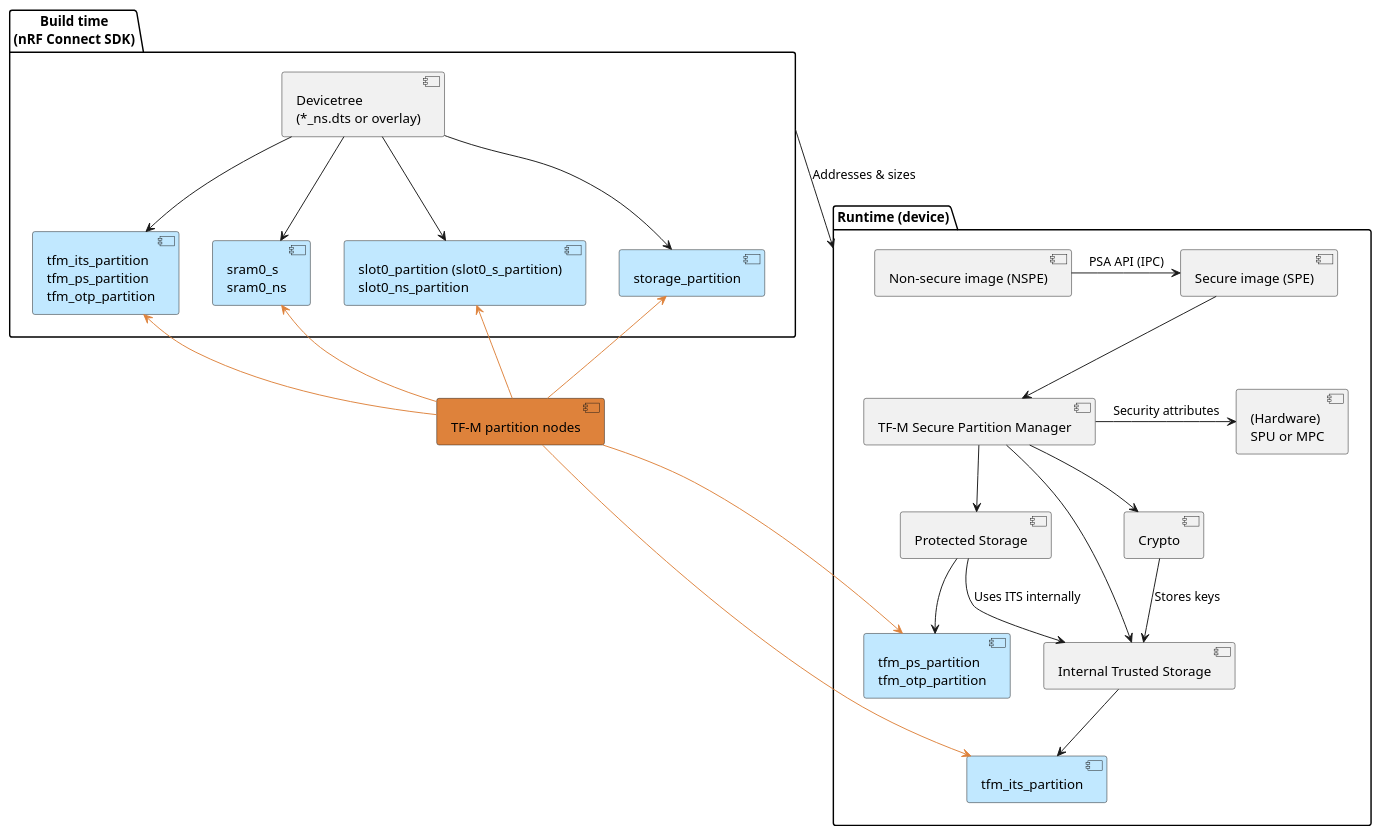
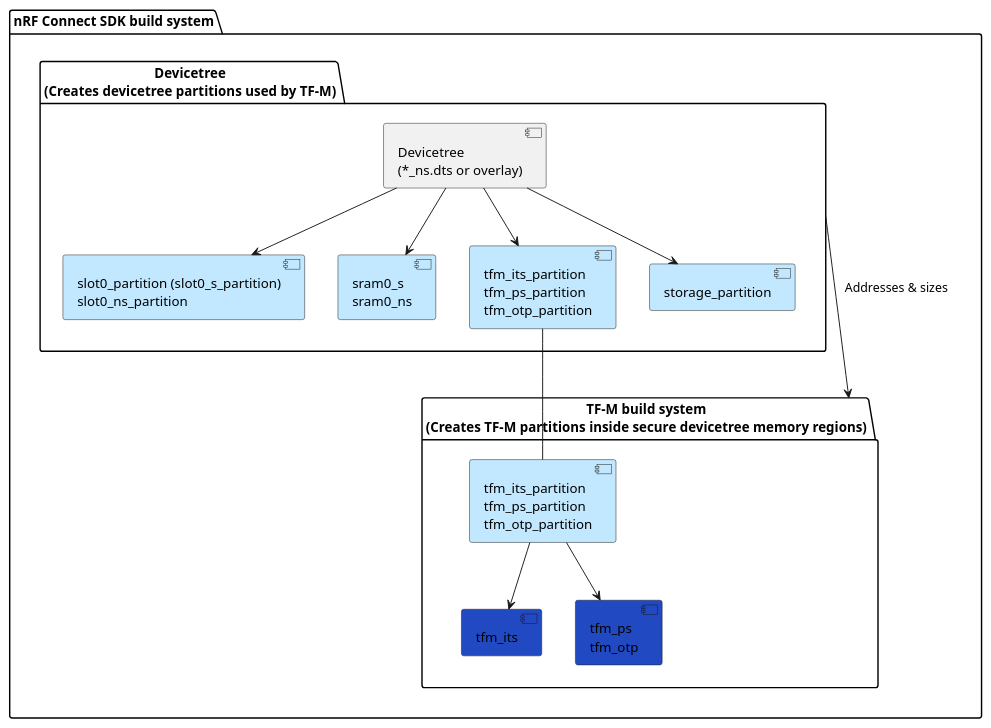
The diagram in doc/nrf/security/tfm/tfm_partitioning.rst (nrfconnect/sdk-nrf), drawn with PlantUML before and after one commit. The commit also changed other lines of this file and 8 other files, not shown here.

```diff
--- a/doc/nrf/security/tfm/tfm_partitioning.rst
+++ b/doc/nrf/security/tfm/tfm_partitioning.rst
@@ -29,52 +31,31 @@
 .. uml::
 
    @startuml
    top to bottom direction
 
-   package "Build time\n(nRF Connect SDK)" as build {
-     component "Devicetree\n(*_ns.dts or overlay)" as DT
-     component #C1E8FF "slot0_partition (slot0_s_partition)\nslot0_ns_partition" as CODE
-     component #C1E8FF "sram0_s\nsram0_ns" as RAM
-     component #C1E8FF "tfm_its_partition\ntfm_ps_partition\ntfm_otp_partition" as TFM_FLASH
-     component #C1E8FF "storage_partition" as NS_STORE
+   package "nRF Connect SDK build system" as build {
+     package "Devicetree\n(Creates devicetree partitions used by TF-M)" as zephyr_build {
+       component "Devicetree\n(*_ns.dts or overlay)" as DT
+       component #C1E8FF "slot0_partition (slot0_s_partition)\nslot0_ns_partition" as CODE
+       component #C1E8FF "sram0_s\nsram0_ns" as RAM
+       component #C1E8FF "tfm_its_partition\ntfm_ps_partition\ntfm_otp_partition" as TFM_FLASH
+       component #C1E8FF "storage_partition" as NS_STORE
 
-     DT -down-> CODE
-     DT -down-> RAM
-     DT -down-> TFM_FLASH
-     DT -down-> NS_STORE
+       DT -down-> CODE
+       DT -down-> RAM
+       DT -down-> TFM_FLASH
+       DT -down-> NS_STORE
+     }
+
+     package "TF-M build system\n(Creates TF-M partitions inside secure devicetree memory regions)" as tfm_build {
+       component #C1E8FF "tfm_its_partition\ntfm_ps_partition\ntfm_otp_partition" as TFM_FLASH_SOURCE
+       component #2149C2 "tfm_its" as TFM_ITS
+       component #2149C2 "tfm_ps\ntfm_otp" as TFM_PS
+     }
+
+     zephyr_build -down-> tfm_build : Addresses & sizes
+     TFM_FLASH -- TFM_FLASH_SOURCE
+     TFM_FLASH_SOURCE -down-> TFM_ITS
+     TFM_FLASH_SOURCE -down-> TFM_PS
    }
-
-   package "Runtime (device)" as runtime {
-     component "Non-secure image (NSPE)" as NSPE
-     component "Secure image (SPE)" as SPE
-     component "TF-M Secure Partition Manager" as SPM
-     component "Protected Storage" as PS
-     component "Internal Trusted Storage" as ITS
-     component "Crypto" as CR
-     component #C1E8FF "tfm_its_partition" as F_ITS
-     component #C1E8FF "tfm_ps_partition\ntfm_otp_partition" as F_PS
-     component "(Hardware)\nSPU or MPC" as HW
-
-     NSPE -right-> SPE : PSA API (IPC)
-     SPE -down-> SPM
-     SPM -down-> PS
-     SPM -down-> ITS
-     SPM -down-> CR
-     PS -down-> ITS : Uses ITS internally
-     CR -down-> ITS : Stores keys
-     ITS -down-> F_ITS
-     PS -down-> F_PS
-     SPM -right-> HW : Security attributes
-   }
-
-   build -down-> runtime : Addresses & sizes
-
-   component #DE823B "TF-M partition nodes" as nodes
-
-   nodes -[#DE823B]up-> CODE
-   nodes -[#DE823B]up-> RAM
-   nodes -[#DE823B]up-> TFM_FLASH
-   nodes -[#DE823B]up-> NS_STORE
-   nodes -[#DE823B]down-> F_ITS
-   nodes -[#DE823B]down-> F_PS
    @enduml
```
